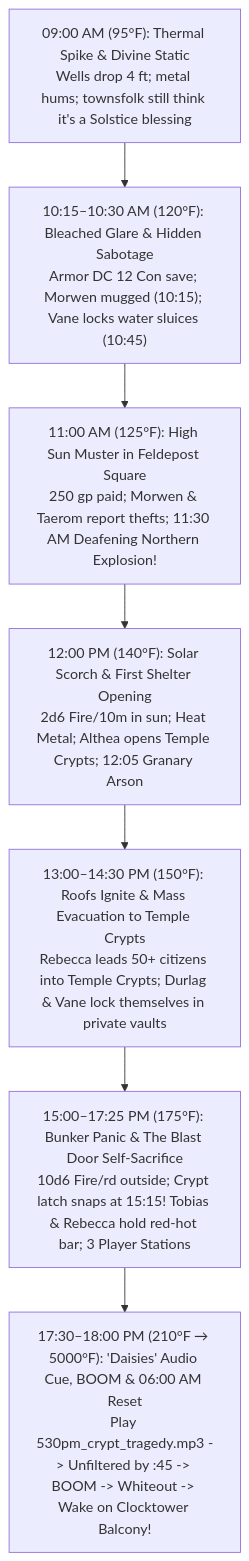
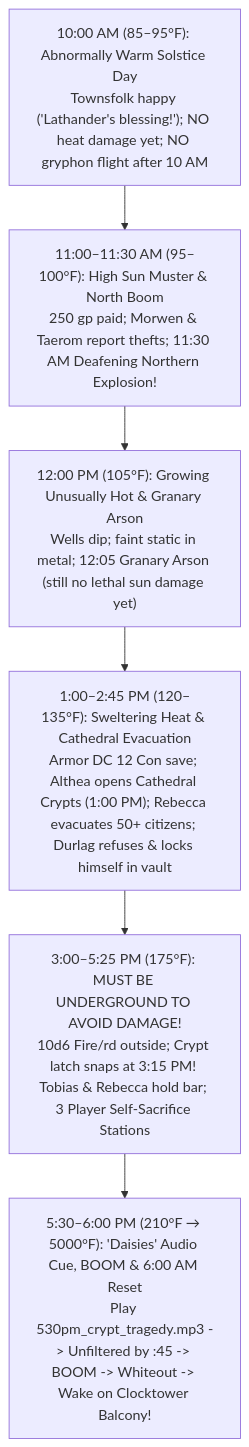
The diagram in Session_1_DM_Study_Guide.md (hartshor/beregost-campaign), drawn with Mermaid before and after one commit. The commit also changed other lines of this file and 3 other files, not shown here.

Commit message:
Update solar heat timeline (10am warm/no gryphon flight, 1pm sweltering/evacuate, 3pm underground) and expand Day 1 Cheat Sheet

````diff
--- a/Session_1_DM_Study_Guide.md
+++ b/Session_1_DM_Study_Guide.md
@@ -158,9 +158,8 @@
 ```mermaid
 flowchart TD
-    A["09:00 AM (95°F): Thermal Spike & Divine Static\nWells drop 4 ft; metal hums; townsfolk still think it's a Solstice blessing"] --> B["10:15–10:30 AM (120°F): Bleached Glare & Hidden Sabotage\nArmor DC 12 Con save; Morwen mugged (10:15); Vane locks water sluices (10:45)"]
-    B --> C["11:00 AM (125°F): High Sun Muster in Feldepost Square\n250 gp paid; Morwen & Taerom report thefts; 11:30 AM Deafening Northern Explosion!"]
-    C --> D["12:00 PM (140°F): Solar Scorch & First Shelter Opening\n2d6 Fire/10m in sun; Heat Metal; Althea opens Temple Crypts; 12:05 Granary Arson"]
-    D --> E["13:00–14:30 PM (150°F): Roofs Ignite & Mass Evacuation to Temple Crypts\nRebecca leads 50+ citizens into Temple Crypts; Durlag & Vane lock themselves in private vaults"]
-    E --> F["15:00–17:25 PM (175°F): Bunker Panic & The Blast Door Self-Sacrifice\n10d6 Fire/rd outside; Crypt latch snaps at 15:15! Tobias & Rebecca hold red-hot bar; 3 Player Stations"]
-    F --> G["17:30–18:00 PM (210°F → 5000°F): 'Daisies' Audio Cue, BOOM & 06:00 AM Reset\nPlay 530pm_crypt_tragedy.mp3 -> Unfiltered by :45 -> BOOM -> Whiteout -> Wake on Clocktower Balcony!"]
+    A["10:00 AM (85–95°F): Abnormally Warm Solstice Day\nTownsfolk happy ('Lathander's blessing!'); NO heat damage yet; NO gryphon flight after 10 AM"] --> B["11:00–11:30 AM (95–100°F): High Sun Muster & North Boom\n250 gp paid; Morwen & Taerom report thefts; 11:30 AM Deafening Northern Explosion!"]
+    B --> C["12:00 PM (105°F): Growing Unusually Hot & Granary Arson\nWells dip; faint static in metal; 12:05 Granary Arson (still no lethal sun damage yet)"]
+    C --> D["1:00–2:45 PM (120–135°F): Sweltering Heat & Cathedral Evacuation\nArmor DC 12 Con save; Althea opens Cathedral Crypts (1:00 PM); Rebecca evacuates 50+ citizens; Durlag refuses & locks himself in vault"]
+    D --> E["3:00–5:25 PM (175°F): MUST BE UNDERGROUND TO AVOID DAMAGE!\n10d6 Fire/rd outside; Crypt latch snaps at 3:15 PM! Tobias & Rebecca hold bar; 3 Player Self-Sacrifice Stations"]
+    E --> F["5:30–6:00 PM (210°F → 5000°F): 'Daisies' Audio Cue, BOOM & 6:00 AM Reset\nPlay 530pm_crypt_tragedy.mp3 -> Unfiltered by :45 -> BOOM -> Whiteout -> Wake on Clocktower Balcony!"]
 ```
````
